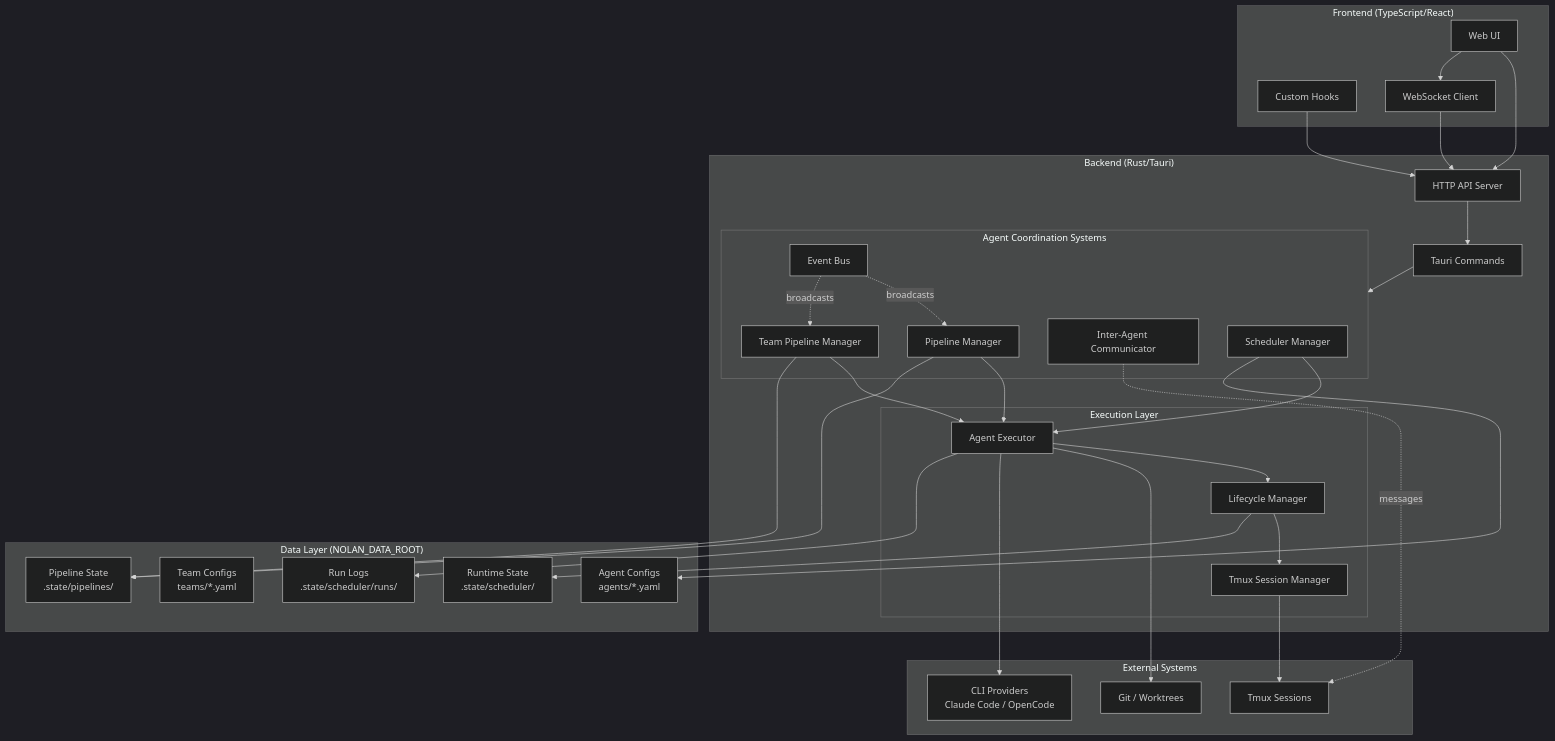
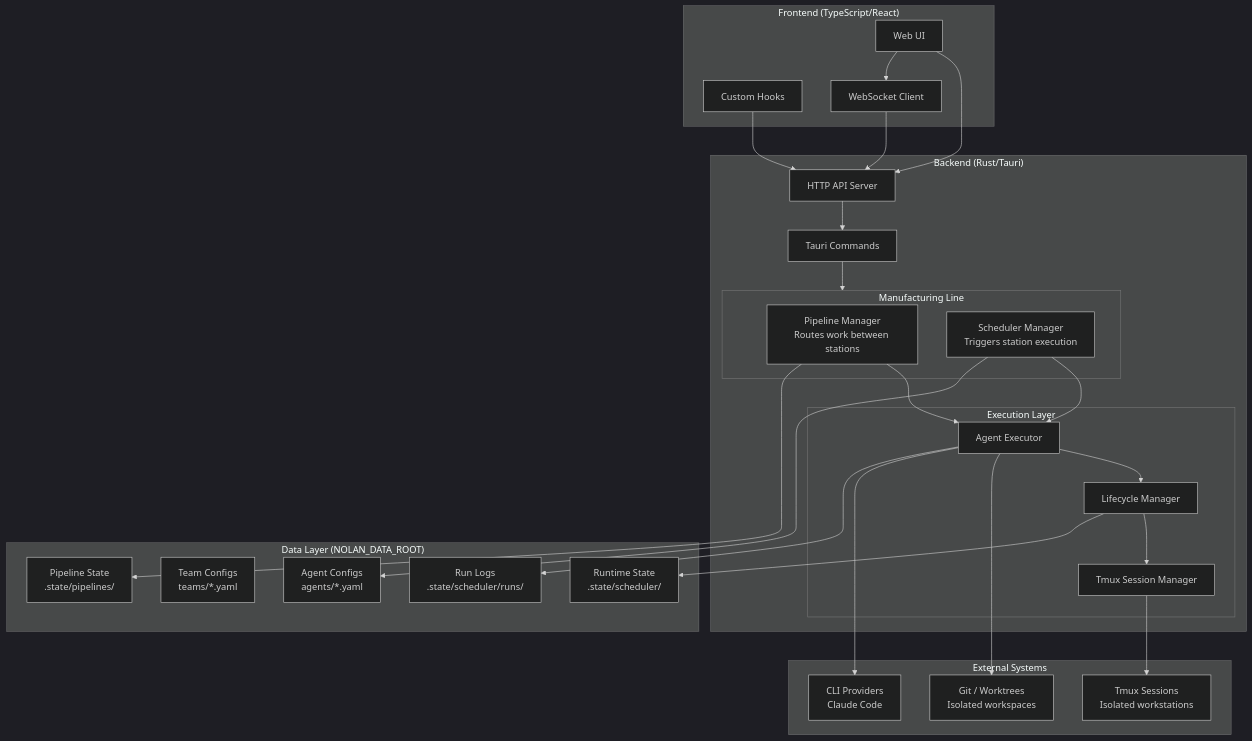
Before and after one commit to mikel-martin-kuik/nolan: the first of 4 diagrams in docs/architecture/00-system-overview.md, drawn with Mermaid (dark theme). The commit also changed other lines of this file and 67 other files, not shown here.

First line of the commit message:
refactor: Migrate from Cronos/OpenCode to Scheduler-based architecture

````diff
--- a/docs/architecture/00-system-overview.md
+++ b/docs/architecture/00-system-overview.md
@@ -7,70 +21,61 @@
 ```mermaid
 graph TB
     subgraph Frontend["Frontend (TypeScript/React)"]
         UI[Web UI]
         Hooks[Custom Hooks]
         WS[WebSocket Client]
     end
 
     subgraph Backend["Backend (Rust/Tauri)"]
         API[HTTP API Server]
         Commands[Tauri Commands]
 
-        subgraph Coordination["Agent Coordination Systems"]
-            Pipeline[Pipeline Manager]
-            TeamPipeline[Team Pipeline Manager]
-            EventBus[Event Bus]
-            Communicator[Inter-Agent Communicator]
-            Scheduler[Scheduler Manager]
+        subgraph Pipeline["Manufacturing Line"]
+            PipelineMgr[Pipeline Manager<br/>Routes work between stations]
+            Scheduler[Scheduler Manager<br/>Triggers station execution]
         end
 
         subgraph Execution["Execution Layer"]
             Executor[Agent Executor]
             Lifecycle[Lifecycle Manager]
             TmuxMgr[Tmux Session Manager]
         end
     end
 
     subgraph External["External Systems"]
-        Tmux[Tmux Sessions]
-        Git[Git / Worktrees]
-        CLI[CLI Providers<br/>Claude Code / OpenCode]
+        Tmux[Tmux Sessions<br/>Isolated workstations]
+        Git[Git / Worktrees<br/>Isolated workspaces]
+        CLI[CLI Providers<br/>Claude Code]
     end
 
     subgraph Data["Data Layer (NOLAN_DATA_ROOT)"]
         AgentYAML[Agent Configs<br/>agents/*.yaml]
         TeamYAML[Team Configs<br/>teams/*.yaml]
         StateJSON[Runtime State<br/>.state/scheduler/]
         RunLogs[Run Logs<br/>.state/scheduler/runs/]
         PipelineState[Pipeline State<br/>.state/pipelines/]
     end
 
     UI --> API
     UI --> WS
     Hooks --> API
     WS --> API
 
     API --> Commands
-    Commands --> Coordination
+    Commands --> Pipeline
 
-    Pipeline --> Executor
-    TeamPipeline --> Executor
+    PipelineMgr --> Executor
     Scheduler --> Executor
 
     Executor --> Lifecycle
     Lifecycle --> TmuxMgr
 
     TmuxMgr --> Tmux
     Executor --> Git
     Executor --> CLI
 
-    EventBus -.->|broadcasts| Pipeline
-    EventBus -.->|broadcasts| TeamPipeline
-    Communicator -.->|messages| Tmux
-
     Scheduler --> AgentYAML
-    Pipeline --> PipelineState
-    TeamPipeline --> PipelineState
+    PipelineMgr --> PipelineState
     Executor --> RunLogs
     Lifecycle --> StateJSON
 ```
````
